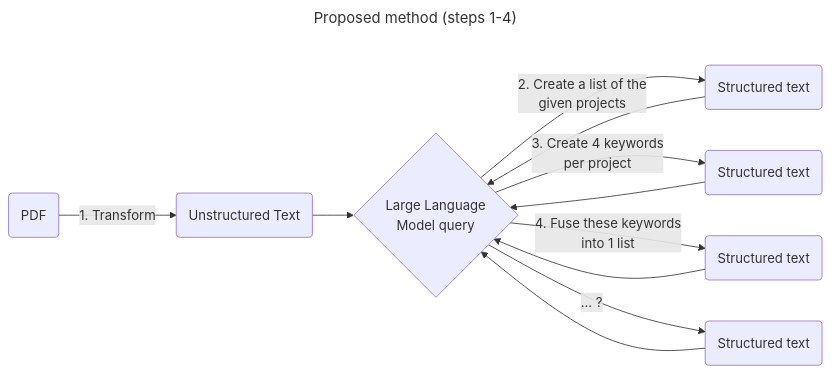
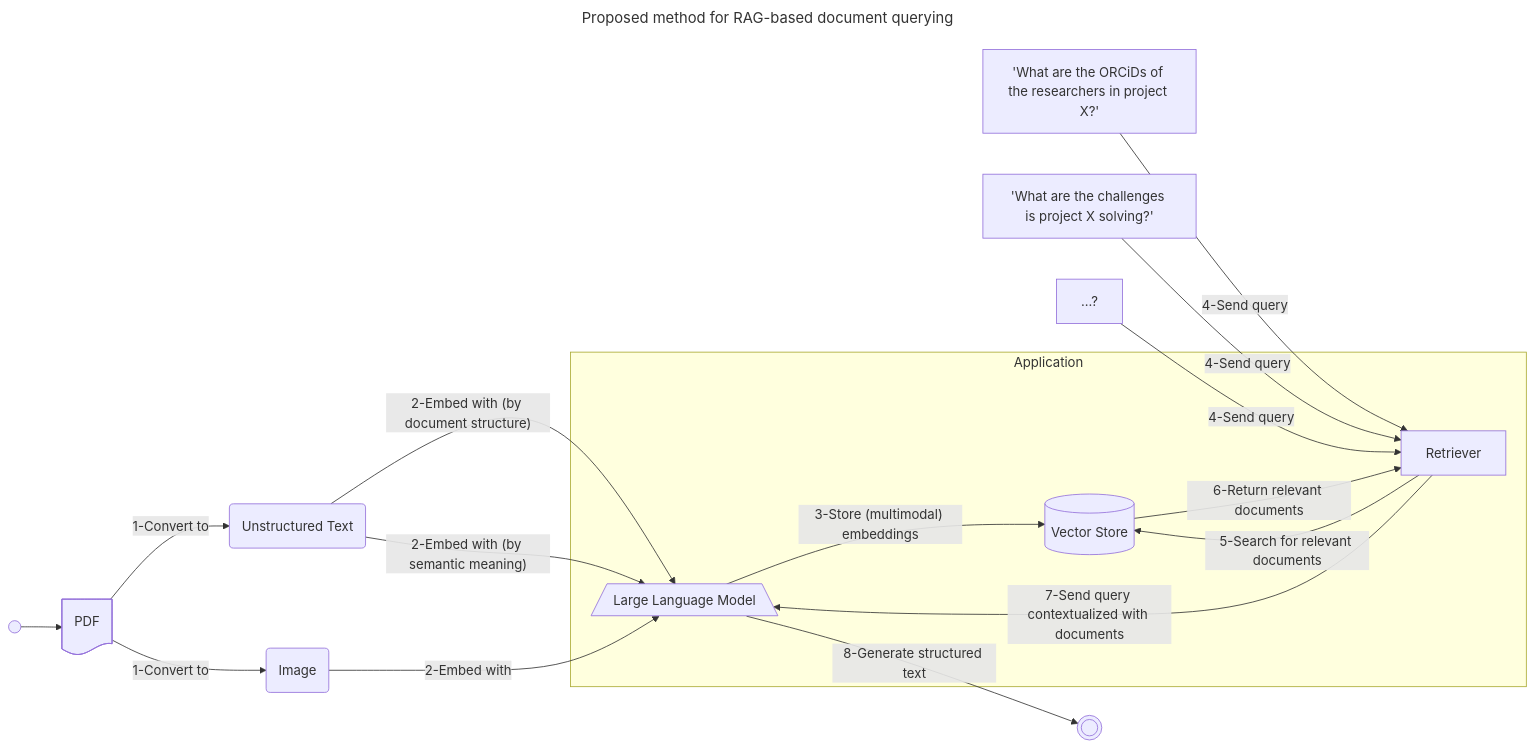
Before and after one commit to VCityTeam/PEPR-VDBI: the first of 3 diagrams in data-integration/README.md, drawn with Mermaid. The commit also changed other lines of this file and 4 other files, not shown here.

Commit message:
refacto documenation; add RAG method; and test targets

````diff
--- a/data-integration/README.md
+++ b/data-integration/README.md
@@ -39,16 +31,30 @@
 ```mermaid
 ---
-title: Proposed method (steps 1-4)
+title: Proposed method for RAG-based document querying
 ---
 flowchart LR
-    A(PDF) -->|1. Transform| B(Unstructured Text)
-    B --> C{Large Language\n Model query}
-    C -->|2. Create a list of the\n given projects| X(Structured text)
-    C -->|3. Create 4 keywords\n per project| Y(Structured text)
-    C -->|4. Fuse these keywords\n into 1 list| Z(Structured text)
-    C -->|... ?| AA(Structured text)
-    X --> C
-    Y --> C
-    Z --> C
-    AA --> C
+
+    subgraph Application
+        LLM[/Large Language Model\]
+        R[Retriever]
+        VS[(Vector Store)]
+    end
+
+    S(( )) --> A
+    A@{ shape: doc, label: PDF } -->|1-Convert to| B(Unstructured Text)
+    A -->|1-Convert to| BB(Image)
+    B -->|"2-Embed with (by document structure)"| LLM
+    B -->|"2-Embed with (by semantic meaning)"| LLM
+    BB -->|2-Embed with| LLM
+    LLM -->|"3-Store (multimodal) embeddings"| VS
+    
+    %% Use multiquery rewriting?
+    Q1["'What are the ORCiDs of the researchers in project X?'"] -->|4-Send query| R
+    Q2["'What are the challenges is project X solving?'"] -->|4-Send query| R
+    Q3["...?"] -->|4-Send query| R
+
+    R -->|5-Search for relevant documents| VS
+    VS -->|6-Return relevant documents| R
+    R -->|7-Send query contextualized with documents| LLM
+    LLM -->|8-Generate structured text| O((( )))
 ```
````
